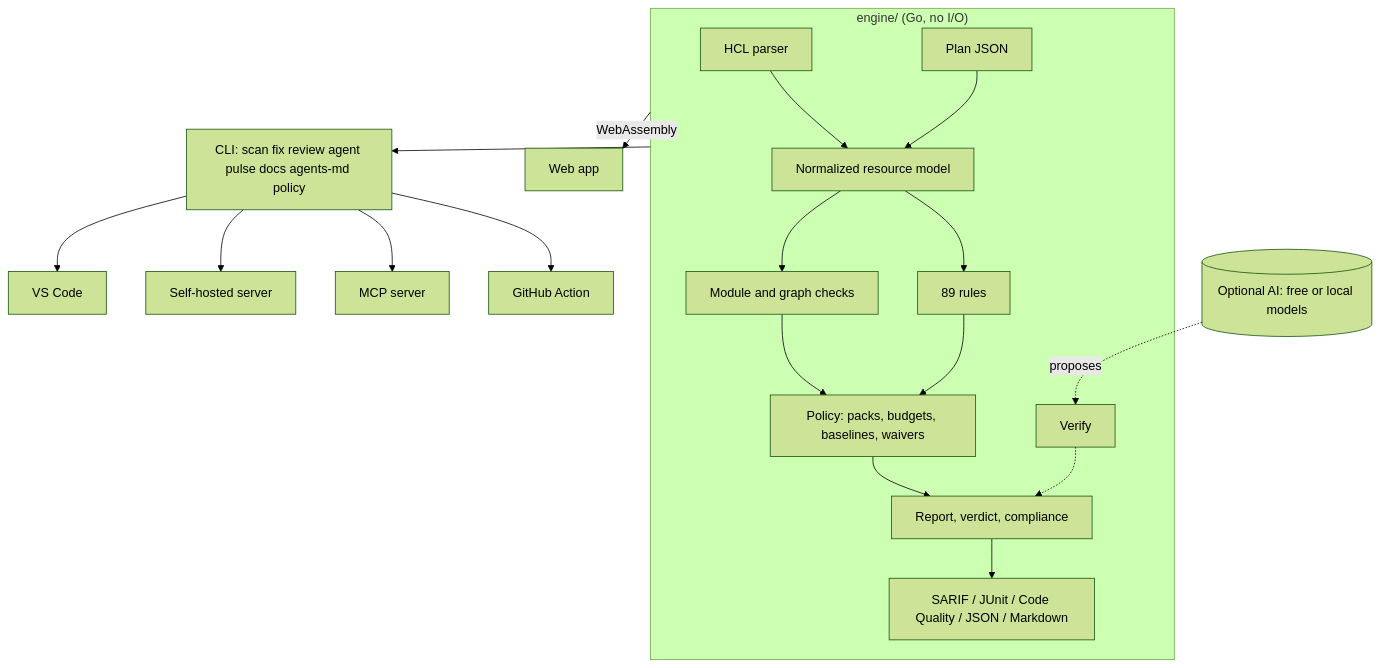
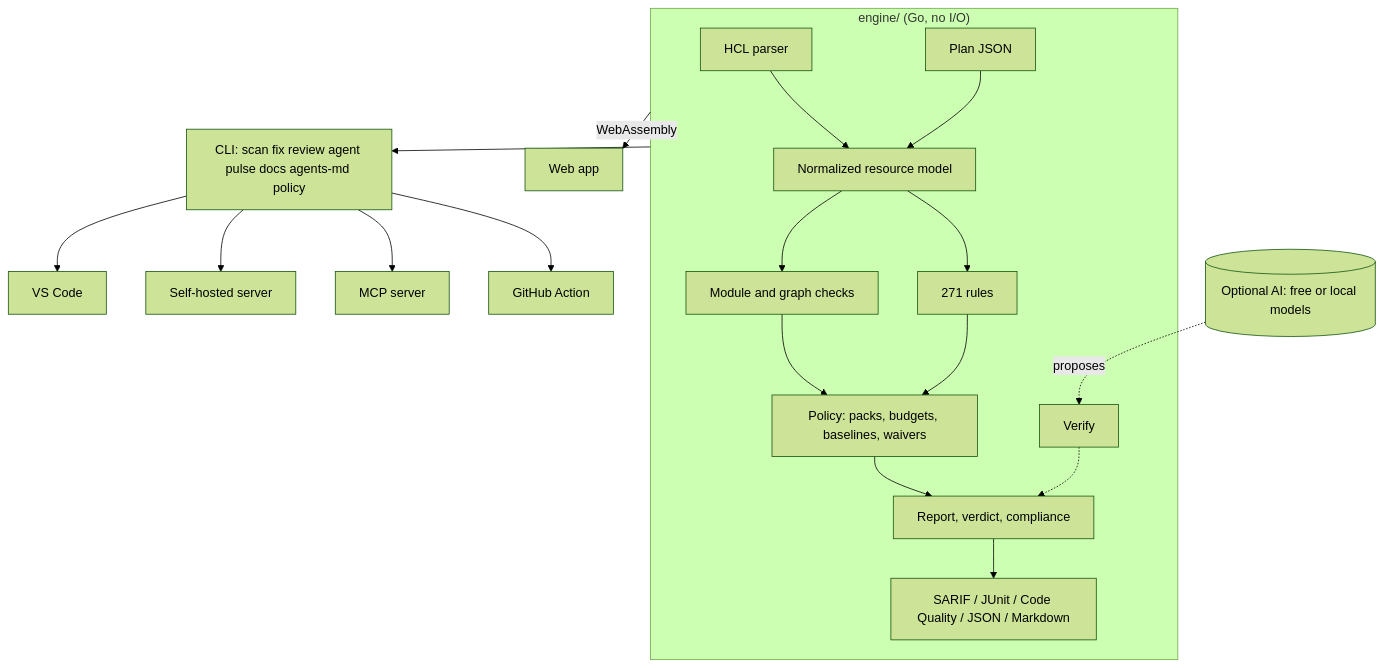
The second of 2 diagrams in README.md (Karthik-099/TERRAGUARD), drawn with Mermaid (forest theme) before and after one commit. The commit also changed other lines of this file and 101 other files, not shown here.

Commit message:
feat: 271 rules, provider schema checks, HCP Terraform run tasks, rule filters and proposals, shortcuts; security: CodeQL, dependency review, pinned actions, HSTS

````diff
--- a/README.md
+++ b/README.md
@@ -114,16 +115,16 @@
 ```mermaid
 flowchart TB
   subgraph Engine["engine/ (Go, no I/O)"]
     P[HCL parser] --> N[Normalized resource model]
     PL[Plan JSON] --> N
-    N --> R[89 rules] & M[Module and graph checks]
+    N --> R[271 rules] & M[Module and graph checks]
     R & M --> POL[Policy: packs, budgets, baselines, waivers]
     POL --> REP[Report, verdict, compliance]
     REP --> OUT[SARIF / JUnit / Code Quality / JSON / Markdown]
     V[Verify] -.-> REP
   end
   Engine -->|WebAssembly| WEB[Web app]
   Engine --> CLI[CLI: scan fix review agent pulse docs agents-md policy]
   CLI --> ACT[GitHub Action] & MCP[MCP server] & SRV[Self-hosted server] & VSC[VS Code]
   AI[(Optional AI: free or local models)] -. proposes .-> V
 ```
````
